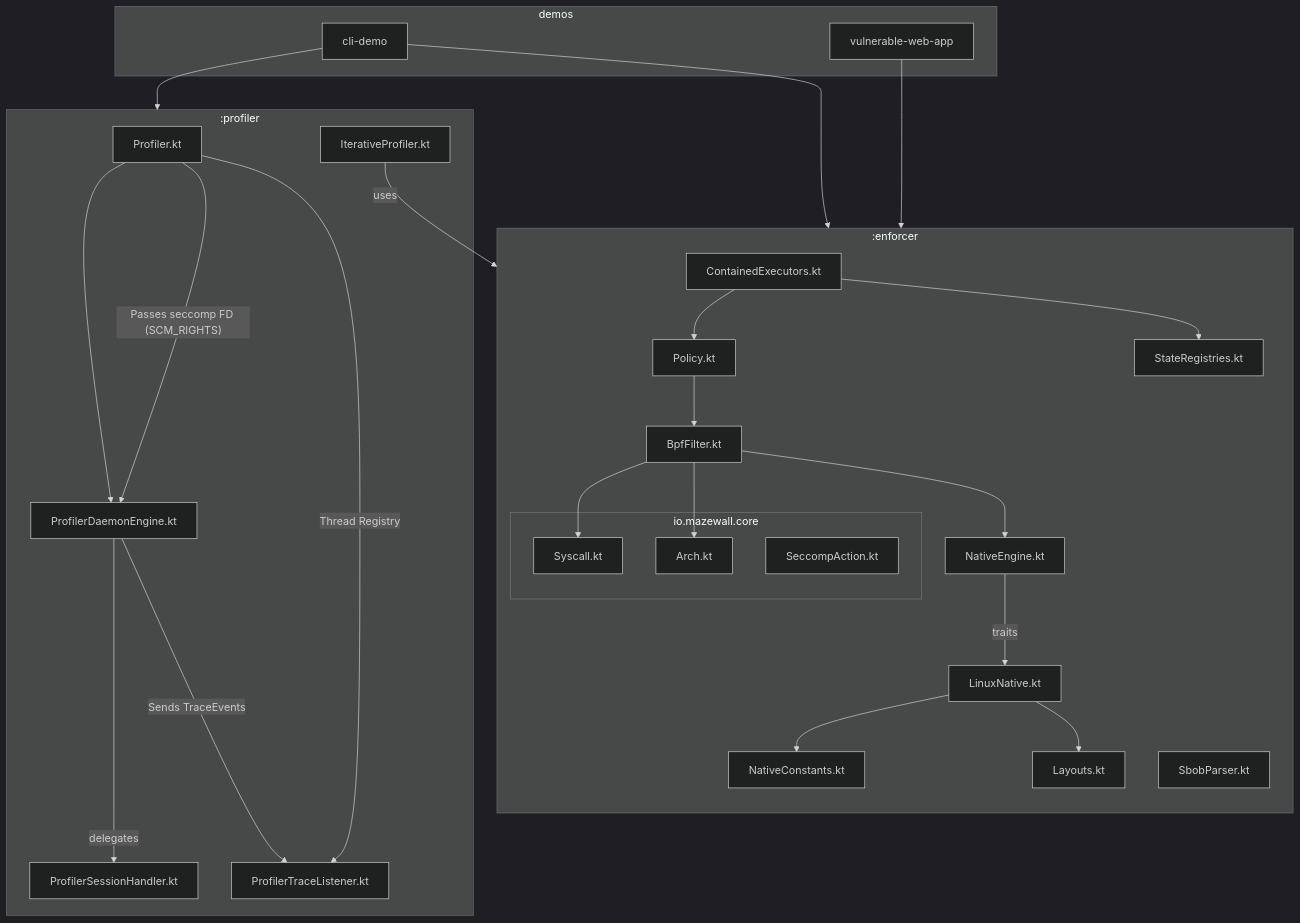
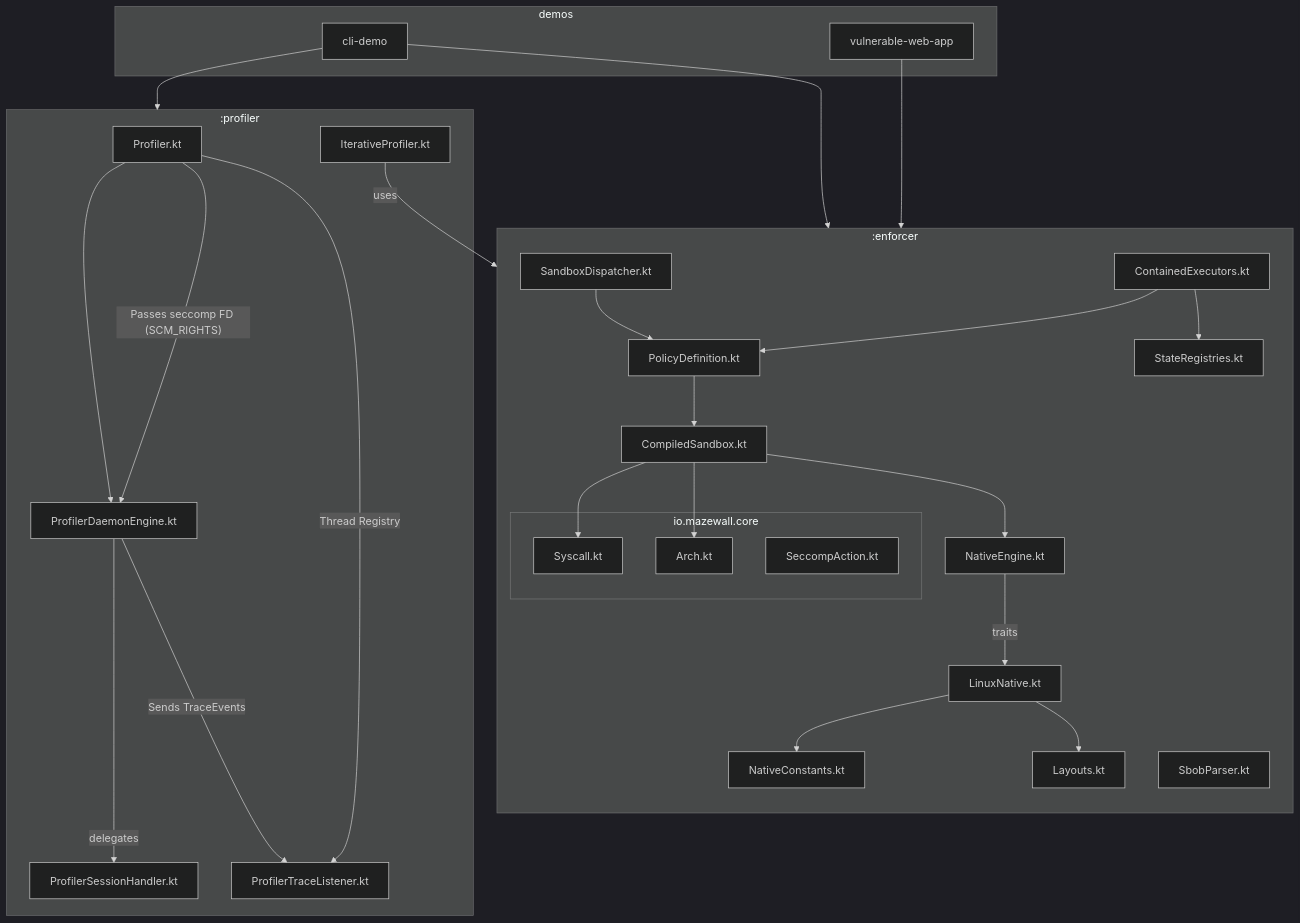
One commit to Pilleo/mazewall changed the second of 2 diagrams in docs/internals/architectural_map.md. Above: the diagram before and after it, drawn with Mermaid (dark theme). The commit also changed 6 other files, not shown here.

Commit message:
refactor: consolidate security review agents and update project documentation diagrams

````diff
--- a/docs/internals/architectural_map.md
+++ b/docs/internals/architectural_map.md
@@ -56,40 +56,41 @@
 ```mermaid
 graph TD
     subgraph enforcer [":enforcer"]
         direction TB
         subgraph core ["io.mazewall.core"]
             S[Syscall.kt]
             A[Arch.kt]
             SA[SeccompAction.kt]
         end
-        P[Policy.kt] --> B[BpfFilter.kt]
-        B --> S
-        B --> A
-        B --> C[NativeEngine.kt]
+        PD[PolicyDefinition.kt] --> CS[CompiledSandbox.kt]
+        CS --> S
+        CS --> A
+        CS --> C[NativeEngine.kt]
         C -- traits --> LN[LinuxNative.kt]
         LN --> NC[NativeConstants.kt]
         LN --> L[Layouts.kt]
-        D[ContainedExecutors.kt] --> P
+        D[ContainedExecutors.kt] --> PD
         D --> E[StateRegistries.kt]
         H[SbobParser.kt]
+        SD[SandboxDispatcher.kt] --> PD
     end
 
     subgraph profiler [":profiler"]
         F[Profiler.kt] --> G[ProfilerDaemonEngine.kt]
         G -- delegates --> PS[ProfilerSessionHandler.kt]
         I[IterativeProfiler.kt] -- "uses" --> D
         J[ProfilerTraceListener.kt]
     end
 
     subgraph demos ["demos"]
         D1[cli-demo]
         D2[vulnerable-web-app]
     end
 
     F -- "Passes seccomp FD (SCM_RIGHTS)" --> G
     G -- "Sends TraceEvents" --> J
     F -- "Thread Registry" --> J
     D1 --> enforcer
     D1 --> profiler
     D2 --> enforcer
 ```
````
